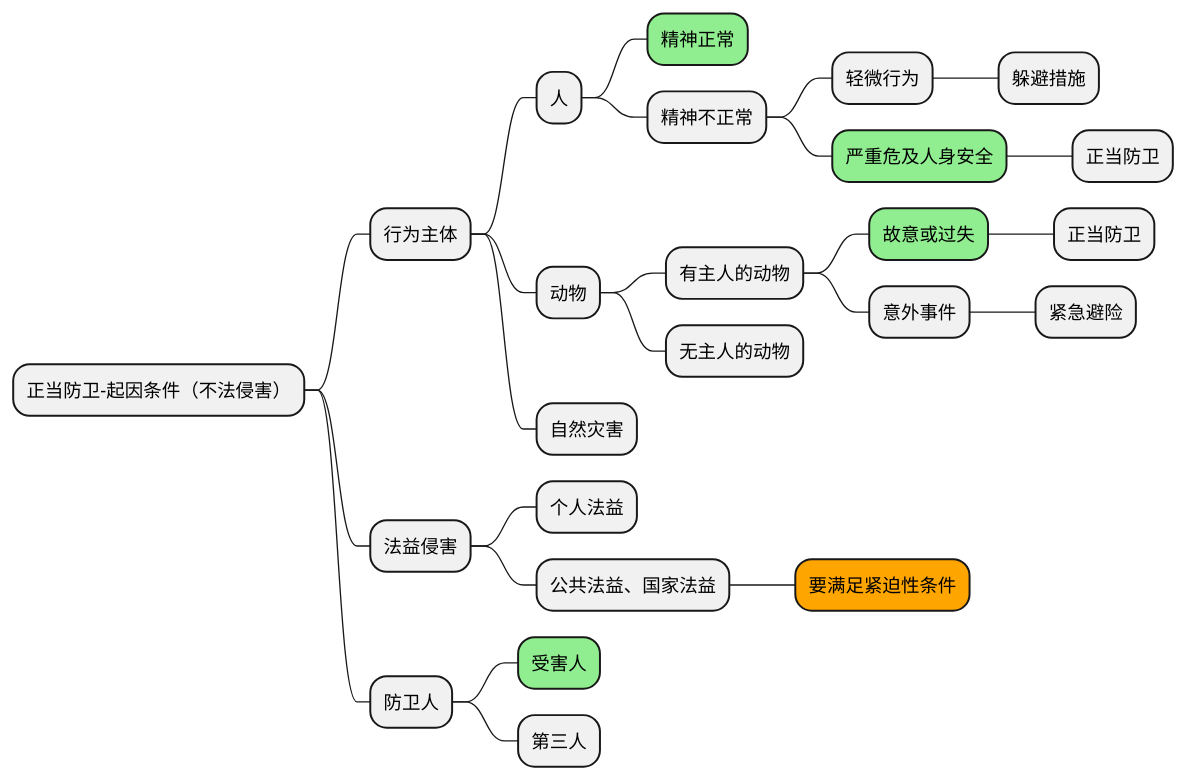
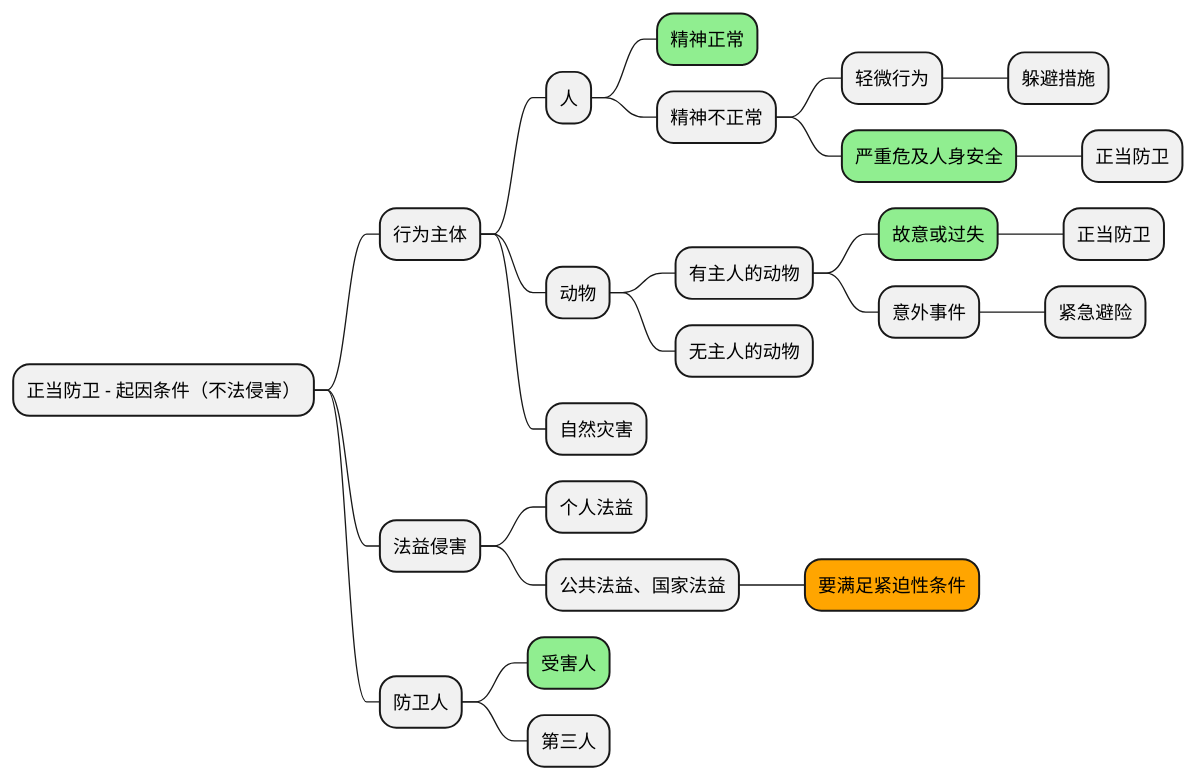
The fifth of 19 diagrams in _law/criminal/general/刑法-07-犯罪论-客观违法阻却事由.md (lsieun/lsieun.github.io), drawn with PlantUML before and after one commit. The commit also changed other lines of this file and 169 other files, not shown here.

````diff
--- a/_law/criminal/general/刑法-07-犯罪论-客观违法阻却事由.md
+++ b/_law/criminal/general/刑法-07-犯罪论-客观违法阻却事由.md
@@ -94,30 +95,30 @@
 ```plantuml
 @startmindmap
 
-* 正当防卫-起因条件（不法侵害）
+* 正当防卫 - 起因条件（不法侵害）
     * 行为主体
         * 人
             *[#lightgreen] 精神正常
             * 精神不正常
                 * 轻微行为
                     * 躲避措施
                 *[#lightgreen] 严重危及人身安全
                     * 正当防卫
         * 动物
             * 有主人的动物
                 *[#lightgreen] 故意或过失
                     * 正当防卫
                 * 意外事件
                     * 紧急避险
             * 无主人的动物
         * 自然灾害
     * 法益侵害
         * 个人法益
         * 公共法益、国家法益
             *[#orange] 要满足紧迫性条件
     * 防卫人
         *[#lightgreen] 受害人
         * 第三人
 
 @endmindmap
 ```
````
